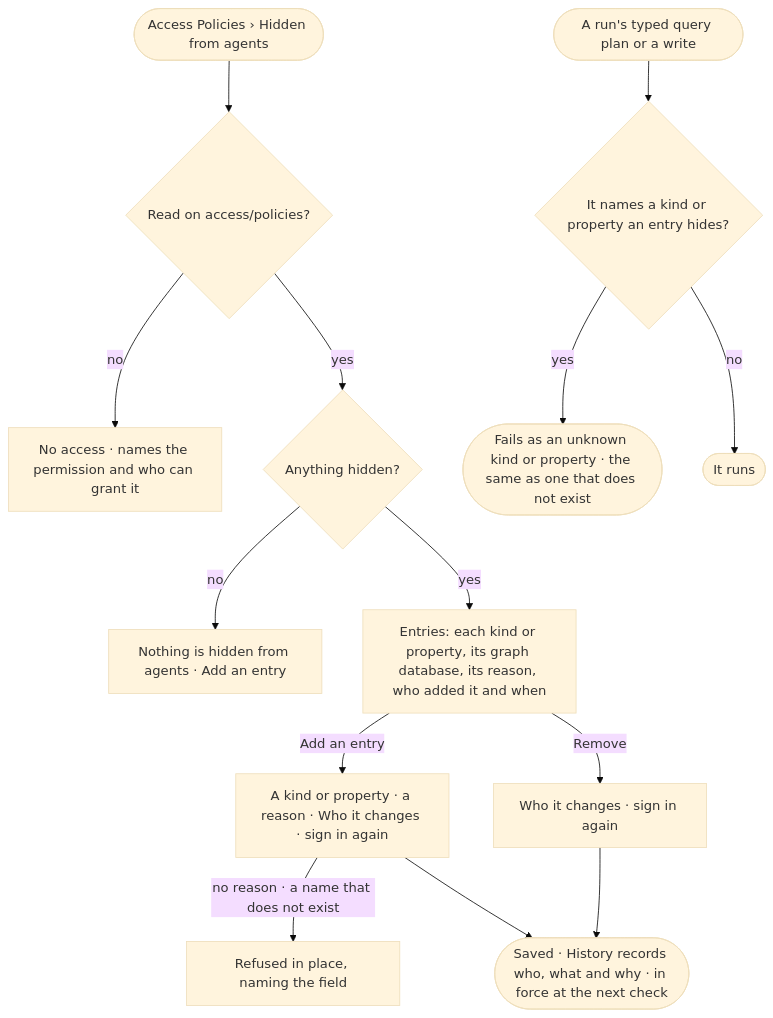
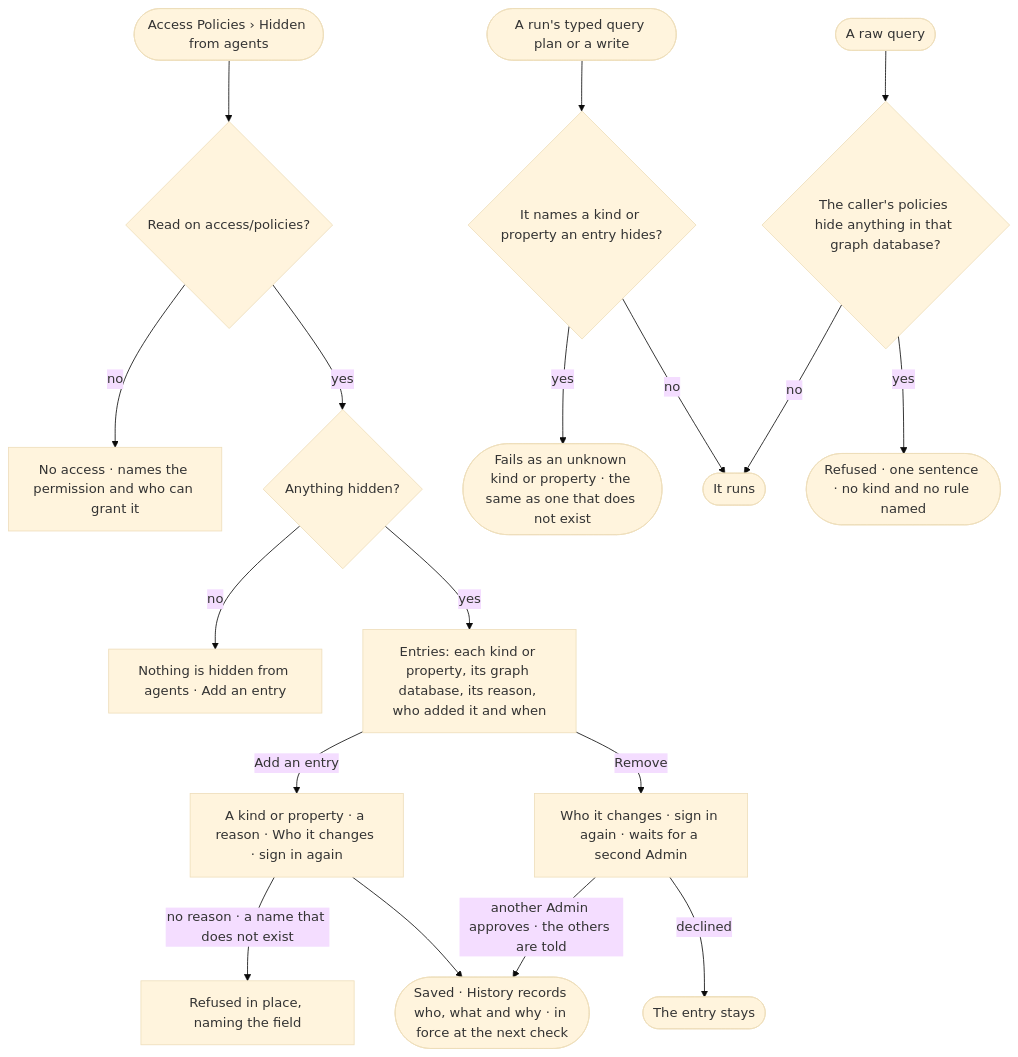
Before and after one commit to invana/invana: the diagram in specs/os/access/features/AC-F02-access-policies/stories/AC-27-keep-a-kind-or-a-sensitive-property-from-agents/story.md, drawn with Mermaid (base theme). The commit also changed other lines of this file and 47 other files, not shown here.

````diff
--- a/specs/os/access/features/AC-F02-access-policies/stories/AC-27-keep-a-kind-or-a-sensitive-property-from-agents/story.md
+++ b/specs/os/access/features/AC-F02-access-policies/stories/AC-27-keep-a-kind-or-a-sensitive-property-from-agents/story.md
@@ -30,16 +31,20 @@
 ```mermaid
 flowchart TD
   s([Access Policies › Hidden from agents]) --> g{"Read on access/policies?"}
   g -->|no| na["No access · names the permission and who can grant it"]
   g -->|yes| k{"Anything hidden?"}
   k -->|no| e["Nothing is hidden from agents · Add an entry"]
   k -->|yes| l["Entries: each kind or property, its graph database, its reason, who added it and when"]
   l -->|Add an entry| a["A kind or property · a reason · Who it changes · sign in again"]
-  l -->|Remove| rm["Who it changes · sign in again"]
+  l -->|Remove| rm["Who it changes · sign in again · waits for a second Admin"]
   a -->|no reason · a name that does not exist| ref["Refused in place, naming the field"]
   a --> hist(["Saved · History records who, what and why · in force at the next check"])
-  rm --> hist
+  rm -->|another Admin approves · the others are told| hist
+  rm -->|declined| keep(["The entry stays"])
   q([A run's typed query plan or a write]) --> c{"It names a kind or property an entry hides?"}
   c -->|yes| unk(["Fails as an unknown kind or property · the same as one that does not exist"])
   c -->|no| go(["It runs"])
+  rq([A raw query]) --> rh{"The caller's policies hide anything in that graph database?"}
+  rh -->|yes| rr(["Refused · one sentence · no kind and no rule named"])
+  rh -->|no| go
 ```
````
